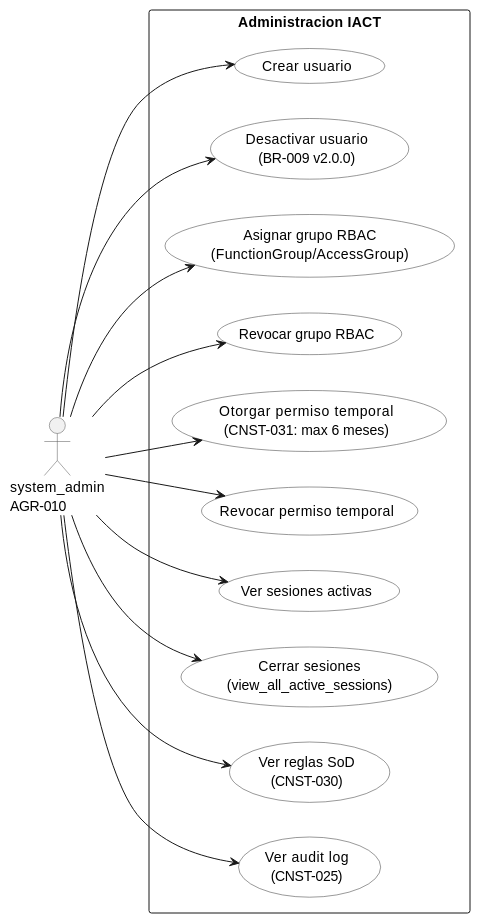
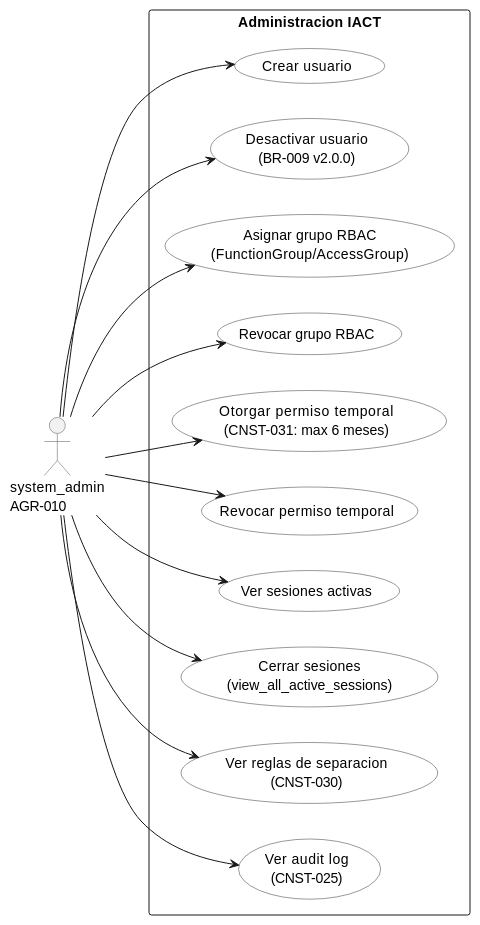
The first of 2 diagrams in source/arquitectura-tecnica/operational-view/system-administration.rst (jcg-admin/IACT-docs), drawn with PlantUML before and after one commit. The commit also changed other lines of this file and 32 other files, not shown here.

```diff
--- a/source/arquitectura-tecnica/operational-view/system-administration.rst
+++ b/source/arquitectura-tecnica/operational-view/system-administration.rst
@@ -26,40 +26,40 @@
 .. uml::
  :caption: Figura — Casos de uso operacionales de administracion (AGR_ADMIN)
 
  @startuml
 
  left to right direction
  skinparam usecase {
    BackgroundColor White
    BorderColor #333333
  }
  skinparam actorBorderColor #555555
  skinparam shadowing false
 
  actor "system_admin\nAGR-010" as AGR_ADMIN
 
  rectangle "Administracion IACT" {
    usecase "Crear usuario" as CREAR_USUARIO
    usecase "Desactivar usuario\n(BR-009 v2.0.0)" as DESACTIVAR_USUARIO
    usecase "Asignar grupo RBAC\n(FunctionGroup/AccessGroup)" as ASIGNAR_GRUPO_RBAC
    usecase "Revocar grupo RBAC" as REVOCAR_GRUPO_RBAC
    usecase "Otorgar permiso temporal\n(CNST-031: max 6 meses)" as OTORGAR_PERMISO_TEMPORAL
    usecase "Revocar permiso temporal" as REVOCAR_PERMISO_TEMPORAL
    usecase "Ver sesiones activas" as VER_SESIONES_ACTIVAS
    usecase "Cerrar sesiones\n(view_all_active_sessions)" as CERRAR_SESIONES
-   usecase "Ver reglas SoD\n(CNST-030)" as VER_REGLAS_SOD
+   usecase "Ver reglas de separacion\n(CNST-030)" as VER_REGLAS_SEPARACION
    usecase "Ver audit log\n(CNST-025)" as VER_AUDIT_LOG
  }
 
  AGR_ADMIN --> CREAR_USUARIO
  AGR_ADMIN --> DESACTIVAR_USUARIO
  AGR_ADMIN --> ASIGNAR_GRUPO_RBAC
  AGR_ADMIN --> REVOCAR_GRUPO_RBAC
  AGR_ADMIN --> OTORGAR_PERMISO_TEMPORAL
  AGR_ADMIN --> REVOCAR_PERMISO_TEMPORAL
  AGR_ADMIN --> VER_SESIONES_ACTIVAS
  AGR_ADMIN --> CERRAR_SESIONES
- AGR_ADMIN --> VER_REGLAS_SOD
+ AGR_ADMIN --> VER_REGLAS_SEPARACION
  AGR_ADMIN --> VER_AUDIT_LOG
 
  @enduml
```
